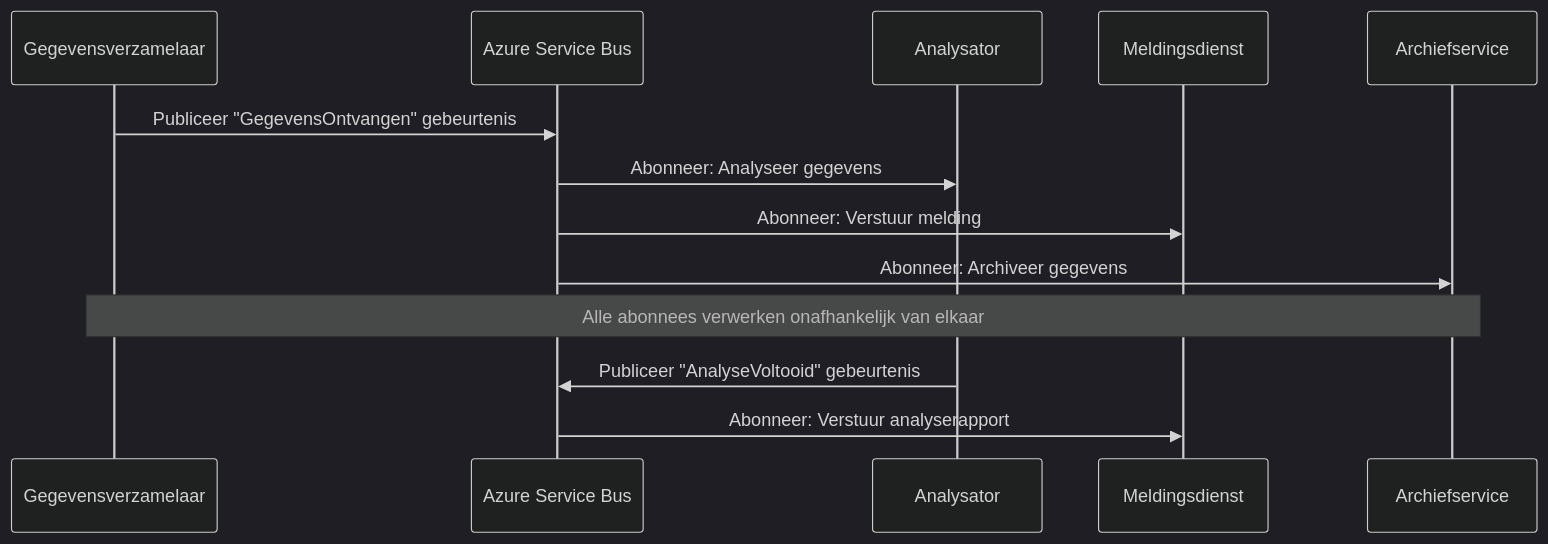
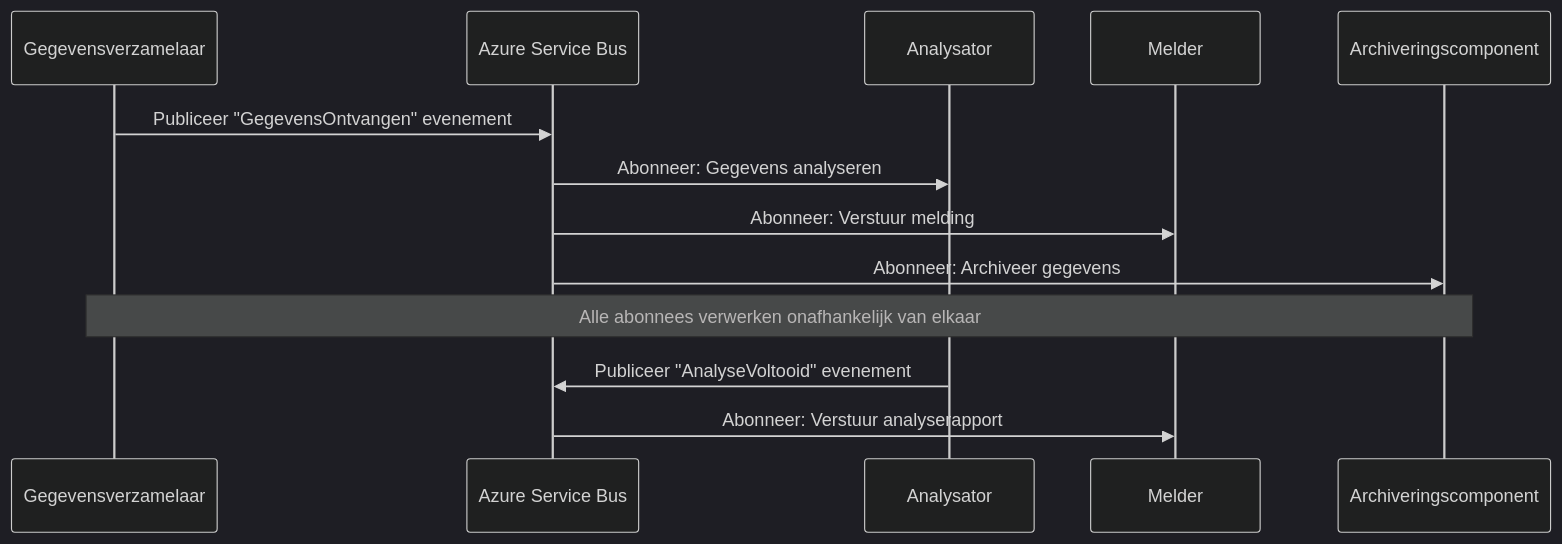
One commit to microsoft/AZD-for-beginners changed the fourth of 6 diagrams in translations/nl/docs/chapter-06-pre-deployment/coordination-patterns.md. Above: the diagram before and after it, drawn with Mermaid (dark theme). The commit also changed other lines of this file and 101 other files, not shown here.

````diff
--- a/translations/nl/docs/chapter-06-pre-deployment/coordination-patterns.md
+++ b/translations/nl/docs/chapter-06-pre-deployment/coordination-patterns.md
@@ -191,18 +186,18 @@
 ```mermaid
 sequenceDiagram
     participant Agent1 as Gegevensverzamelaar
     participant EventBus as Azure Service Bus
     participant Agent2 as Analysator
-    participant Agent3 as Meldingsdienst
-    participant Agent4 as Archiefservice
+    participant Agent3 as Melder
+    participant Agent4 as Archiveringscomponent
     
-    Agent1->>EventBus: Publiceer "GegevensOntvangen" gebeurtenis
-    EventBus->>Agent2: Abonneer: Analyseer gegevens
+    Agent1->>EventBus: Publiceer "GegevensOntvangen" evenement
+    EventBus->>Agent2: Abonneer: Gegevens analyseren
     EventBus->>Agent3: Abonneer: Verstuur melding
     EventBus->>Agent4: Abonneer: Archiveer gegevens
     
     Note over Agent1,Agent4: Alle abonnees verwerken onafhankelijk van elkaar
     
-    Agent2->>EventBus: Publiceer "AnalyseVoltooid" gebeurtenis
+    Agent2->>EventBus: Publiceer "AnalyseVoltooid" evenement
     EventBus->>Agent3: Abonneer: Verstuur analyserapport
 ```
````
